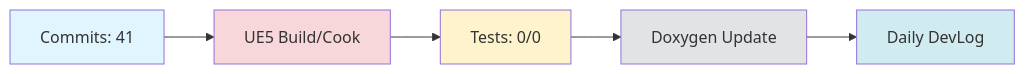
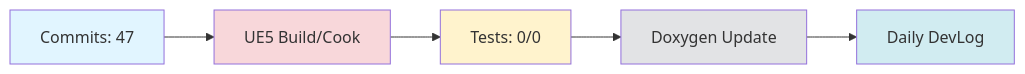
One commit to doppleddiggong/Onepiece changed the diagram in Documents/DevLog/Daily/2025-11-13.md. Above: the diagram before and after it, drawn with Mermaid. The commit also changed other lines of this file and 1 other file, not shown here.

````diff
--- a/Documents/DevLog/Daily/2025-11-13.md
+++ b/Documents/DevLog/Daily/2025-11-13.md
@@ -107,13 +107,13 @@
 ```mermaid
 flowchart LR
-  Dev[Commits: 41] --> Build[UE5 Build/Cook]
+  Dev[Commits: 47] --> Build[UE5 Build/Cook]
   Build --> Test[Tests: 0/0]
   Test --> Doc[Doxygen Update]
   Doc --> Daily[Daily DevLog]
 
   style Dev fill:#e1f5ff
   style Build fill:#f8d7da
   style Test fill:#fff3cd
   style Doc fill:#e2e3e5
   style Daily fill:#d1ecf1
 ```
````
